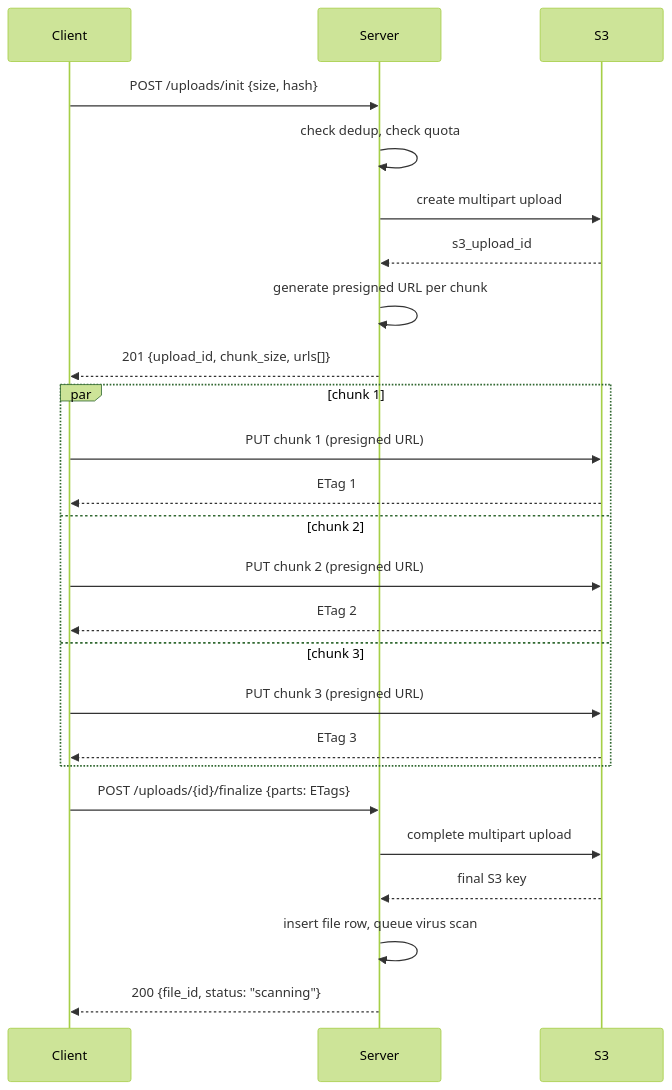
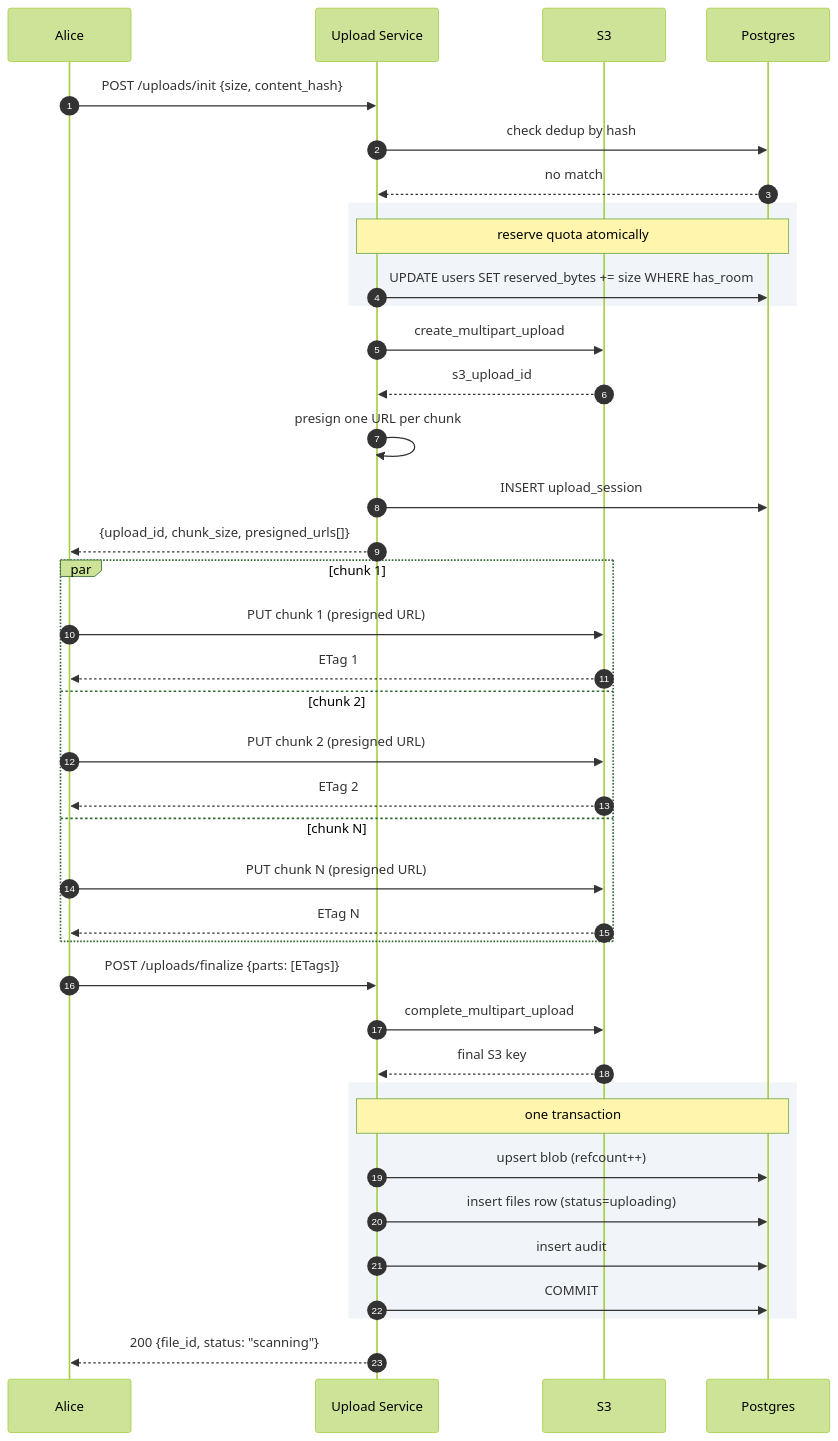
Before and after one commit to shiningflash/system-design: the fifth of 12 diagrams in problems/020-file-upload-share/question.md, drawn with Mermaid (forest theme). The commit also changed other lines of this file and 38 other files, not shown here.

````diff
--- a/problems/020-file-upload-share/question.md
+++ b/problems/020-file-upload-share/question.md
@@ -158,30 +263,48 @@
 ```mermaid
 sequenceDiagram
-    participant C as Client
-    participant S as Server
-    participant S3 as S3
+    autonumber
+    participant Alice
+    participant US as Upload Service
+    participant S3
+    participant DB as Postgres
 
-    C->>S: POST /uploads/init {size, hash}
-    S->>S: check dedup, check quota
-    S->>S3: create multipart upload
-    S3-->>S: s3_upload_id
-    S->>S: generate presigned URL per chunk
-    S-->>C: 201 {upload_id, chunk_size, urls[]}
+    Alice->>US: POST /uploads/init {size, content_hash}
+    US->>DB: check dedup by hash
+    DB-->>US: no match
+
+    rect rgb(241, 245, 249)
+        Note over US,DB: reserve quota atomically
+        US->>DB: UPDATE users SET reserved_bytes += size WHERE has_room
+    end
+
+    US->>S3: create_multipart_upload
+    S3-->>US: s3_upload_id
+    US->>US: presign one URL per chunk
+    US->>DB: INSERT upload_session
+    US-->>Alice: {upload_id, chunk_size, presigned_urls[]}
 
     par chunk 1
-        C->>S3: PUT chunk 1 (presigned URL)
-        S3-->>C: ETag 1
+        Alice->>S3: PUT chunk 1 (presigned URL)
+        S3-->>Alice: ETag 1
     and chunk 2
-        C->>S3: PUT chunk 2 (presigned URL)
-        S3-->>C: ETag 2
-    and chunk 3
-        C->>S3: PUT chunk 3 (presigned URL)
-        S3-->>C: ETag 3
+        Alice->>S3: PUT chunk 2 (presigned URL)
+        S3-->>Alice: ETag 2
+    and chunk N
+        Alice->>S3: PUT chunk N (presigned URL)
+        S3-->>Alice: ETag N
     end
 
-    C->>S: POST /uploads/{id}/finalize {parts: ETags}
-    S->>S3: complete multipart upload
-    S3-->>S: final S3 key
-    S->>S: insert file row, queue virus scan
-    S-->>C: 200 {file_id, status: "scanning"}
+    Alice->>US: POST /uploads/finalize {parts: [ETags]}
+    US->>S3: complete_multipart_upload
+    S3-->>US: final S3 key
+
+    rect rgb(241, 245, 249)
+        Note over US,DB: one transaction
+        US->>DB: upsert blob (refcount++)
+        US->>DB: insert files row (status=uploading)
+        US->>DB: insert audit
+        US->>DB: COMMIT
+    end
+
+    US-->>Alice: 200 {file_id, status: "scanning"}
 ```
````
